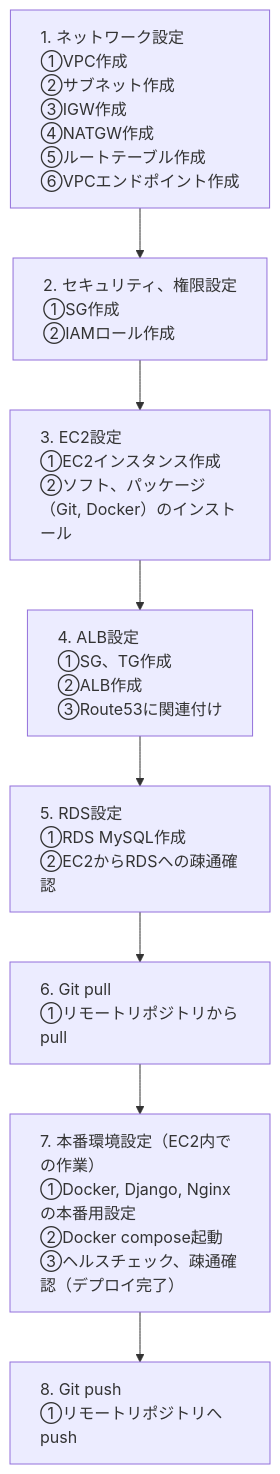
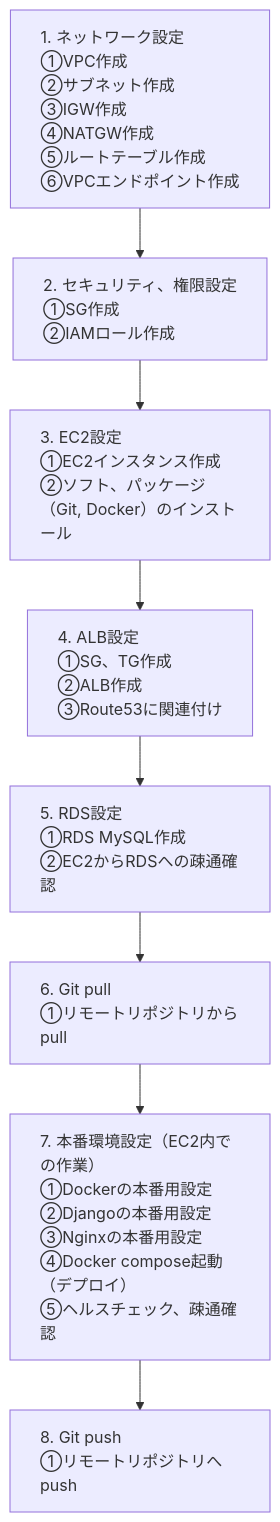
The second of 2 diagrams in README.md (hiro-53-RareTECH/kajimaru-app), drawn with Mermaid before and after one commit. The commit also changed other lines of this file, not shown here.

````diff
--- a/README.md
+++ b/README.md
@@ -710,13 +694,13 @@
 ```mermaid
 flowchart TB
     classDef left text-align:left;
     A[1. ネットワーク設定<br/>①VPC作成<br/>②サブネット作成<br/>③IGW作成<br/>④NATGW作成<br/>⑤ルートテーブル作成<br/>⑥VPCエンドポイント作成]:::left --> 
     B[2. セキュリティ、権限設定<br/>①SG作成<br/>②IAMロール作成]:::left
     B --> C[3. EC2設定<br/>①EC2インスタンス作成<br/>②ソフト、パッケージ（Git, Docker）のインストール]:::left
     C --> D[4. ALB設定<br/>①SG、TG作成<br/>②ALB作成<br/>③Route53に関連付け]:::left
     D --> E[5. RDS設定<br/>①RDS MySQL作成<br/>②EC2からRDSへの疎通確認]:::left
     E --> F[6. Git pull<br/>①リモートリポジトリからpull]:::left
-    F --> G[7. 本番環境設定（EC2内での作業）<br/>①Docker, Django, Nginxの本番用設定<br/>②Docker compose起動<br/>③ヘルスチェック、疎通確認（デプロイ完了）]:::left
+    F --> G[7. 本番環境設定（EC2内での作業）<br/>①Dockerの本番用設定<br/>②Djangoの本番用設定<br/>③Nginxの本番用設定<br/>④Docker compose起動（デプロイ）<br/>⑤ヘルスチェック、疎通確認]:::left
     G --> H[8. Git push<br/>①リモートリポジトリへpush]:::left
 
 ```
````
